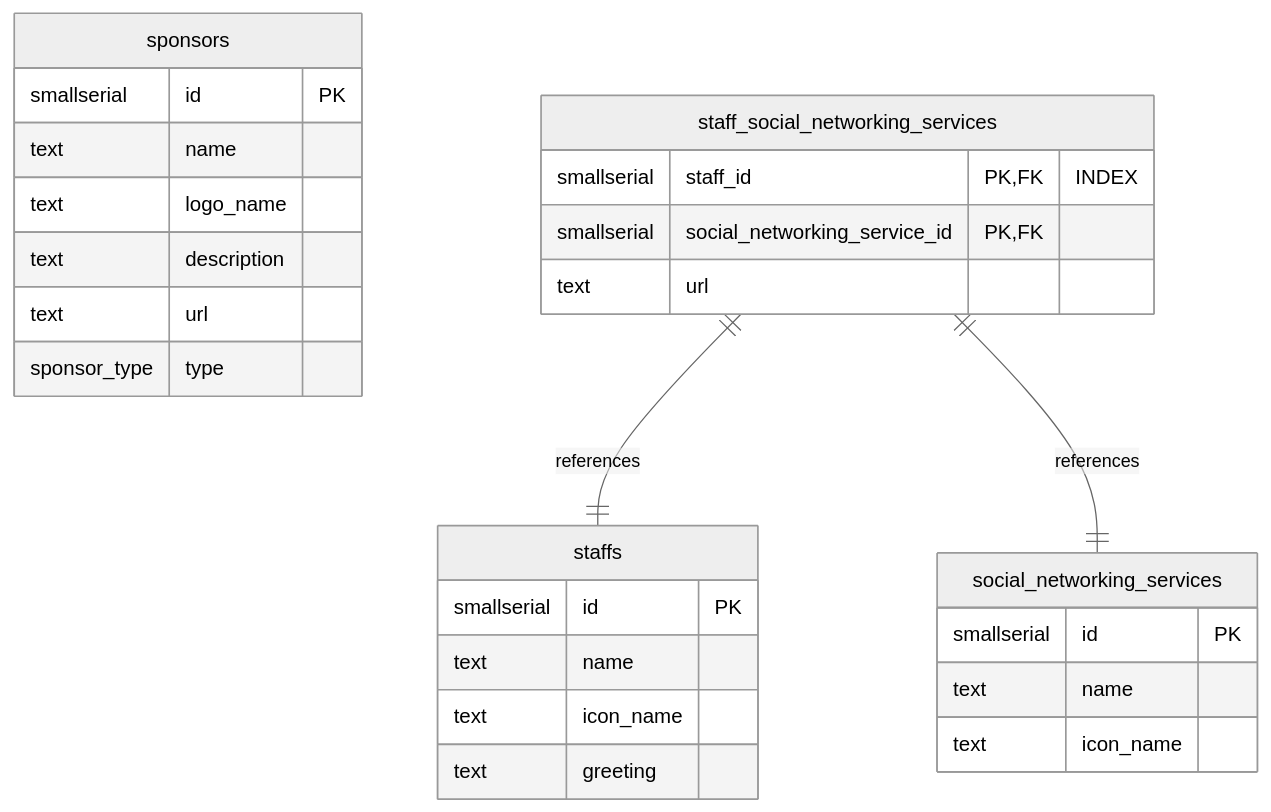
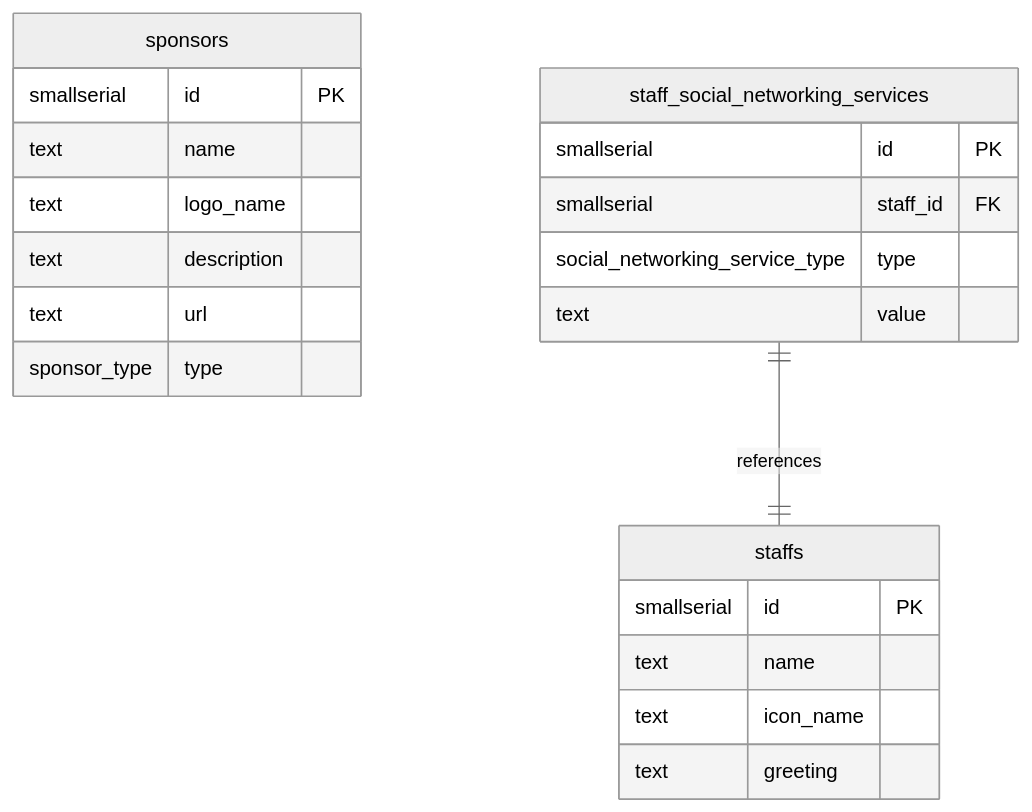
One commit to FlutterKaigi/2024 changed the diagram in packages/common/data/docs/entity_relationship_diagram.md. Above: the diagram before and after it, drawn with Mermaid (neutral theme). The commit also changed 1 other file, not shown here.

Commit message:
docs: ER 図を更新

````diff
--- a/packages/common/data/docs/entity_relationship_diagram.md
+++ b/packages/common/data/docs/entity_relationship_diagram.md
@@ -12,34 +12,27 @@
 ```mermaid
 erDiagram
     sponsors {
         smallserial id PK
         text name
         text logo_name
         text description
         text url
         sponsor_type type
     }
 
     staffs {
         smallserial id PK
         text name
         text icon_name
         text greeting
     }
 
-    social_networking_services {
+    staff_social_networking_services {
         smallserial id PK
-        text name
-        text icon_name
-    }
-
-    staff_social_networking_services {
-        smallserial staff_id PK, FK "INDEX"
-        smallserial social_networking_service_id PK, FK
-        text url
+        smallserial staff_id FK
+        social_networking_service_type type
+        text value
     }
 
     staff_social_networking_services ||--|| staffs : "references"
-    staff_social_networking_services ||--|| social_networking_services : "references"
-
 ```
````
